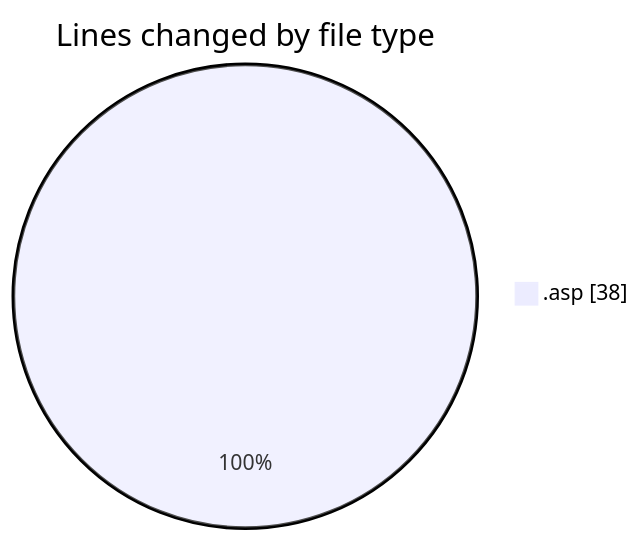
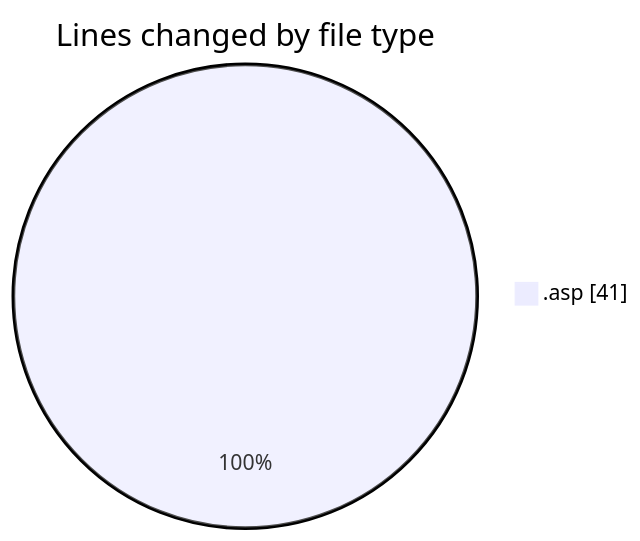
Before and after one commit to julien-gomy/code-tracking: the first of 2 diagrams in 2025-11-01/cdp_aleoudev_fr__workspace_/README.md, drawn with Mermaid. The commit also changed other lines of this file and 1 other file, not shown here.

````diff
--- a/2025-11-01/cdp_aleoudev_fr__workspace_/README.md
+++ b/2025-11-01/cdp_aleoudev_fr__workspace_/README.md
@@ -21,5 +22,5 @@
 ```mermaid
 pie showData
 title Lines changed by file type
-".asp" : 38
+".asp" : 41
 ```
````
